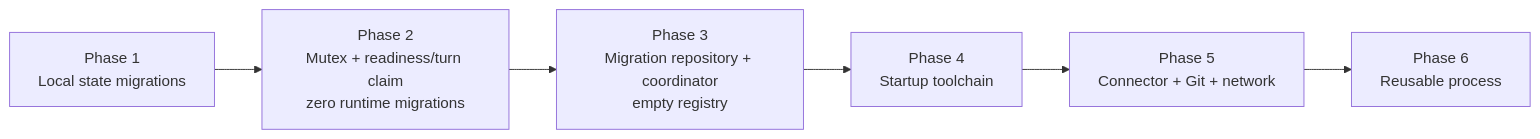
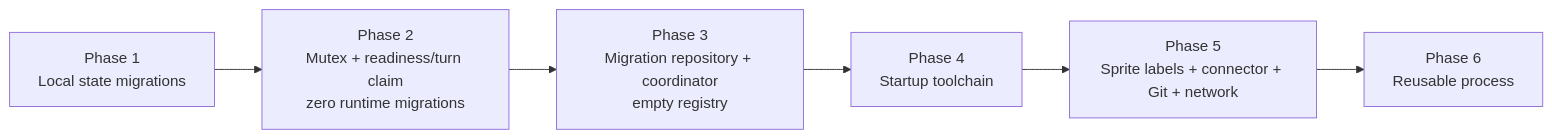
One commit to benedelstein/My-Machines changed the first of 7 diagrams in openspec/changes/add-session-migrations/design.md. Above: the diagram before and after it, drawn with Mermaid. The commit also changed other lines of this file and 91 other files, not shown here.

Commit message:
Add startup, connector, Git, and network runtime migrations (#180)

````diff
--- a/openspec/changes/add-session-migrations/design.md
+++ b/openspec/changes/add-session-migrations/design.md
@@ -96,11 +96,11 @@
 ```mermaid
 flowchart LR
     P1["Phase 1<br/>Local state migrations"]
     P2["Phase 2<br/>Mutex + readiness/turn claim<br/>zero runtime migrations"]
     P3["Phase 3<br/>Migration repository + coordinator<br/>empty registry"]
     P4["Phase 4<br/>Startup toolchain"]
-    P5["Phase 5<br/>Connector + Git + network"]
+    P5["Phase 5<br/>Sprite labels + connector + Git + network"]
     P6["Phase 6<br/>Reusable process"]
 
     P1 --> P2 --> P3 --> P4 --> P5 --> P6
 ```
````
